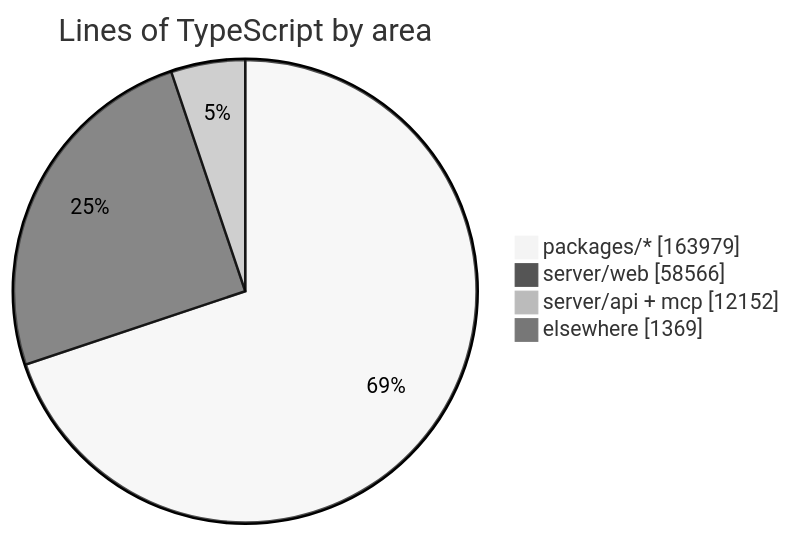
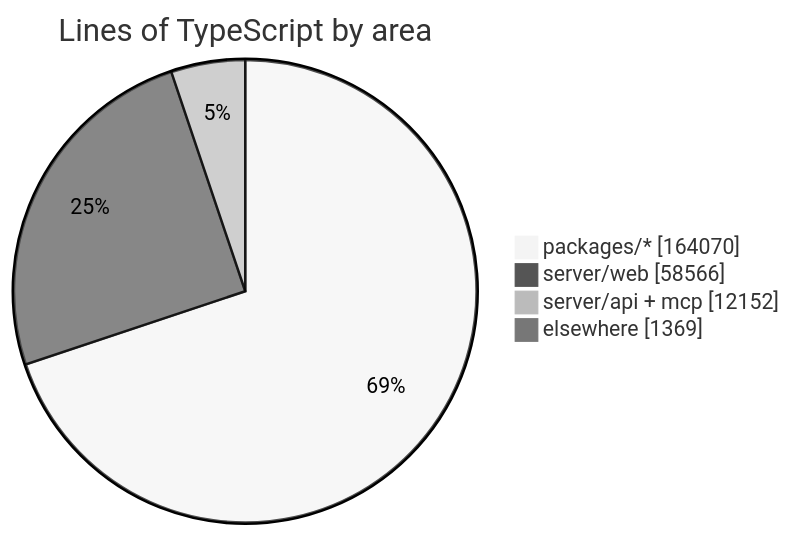
One commit to crossworks-engineering/mantle changed the diagram in README.md. Above: the diagram before and after it, drawn with Mermaid (neutral theme). The commit also changed other lines of this file and 2 other files, not shown here.

````diff
--- a/README.md
+++ b/README.md
@@ -279,7 +279,7 @@
 ```mermaid
 pie showData title Lines of TypeScript by area
-    "packages/*" : 163979
+    "packages/*" : 164070
     "server/web" : 58566
     "server/api + mcp" : 12152
     "elsewhere" : 1369
 ```
````
